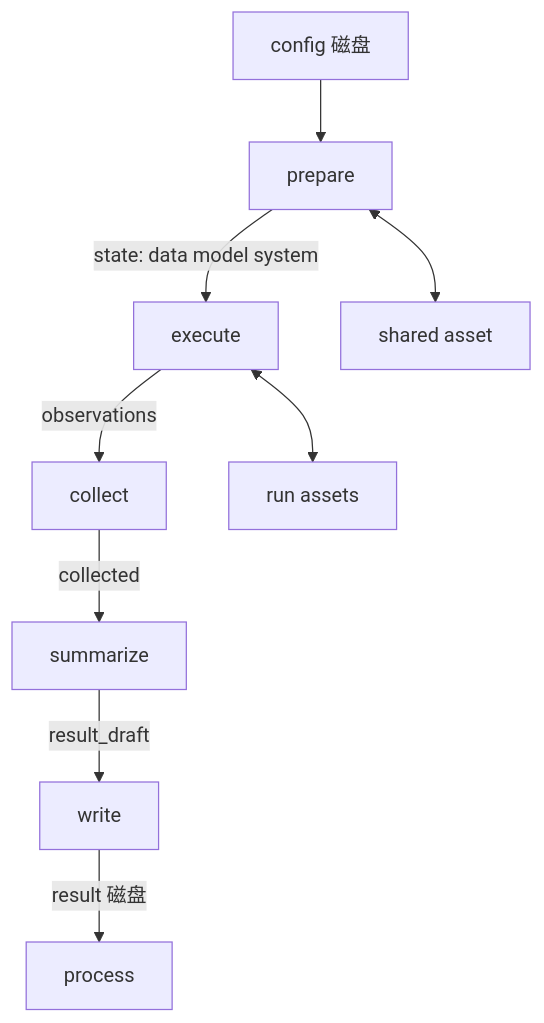
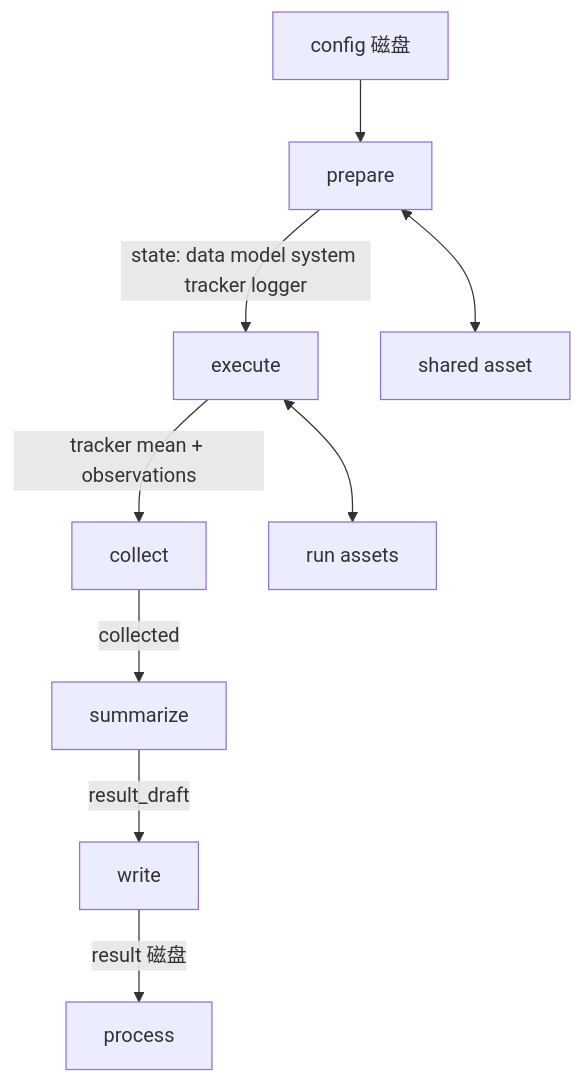
The second of 2 diagrams in docs/code_structure/flow.md (diaoenmao/RPipe), drawn with Mermaid before and after one commit. The commit also changed other lines of this file and 63 other files, not shown here.

Commit message:
Implement AlgorithmTracker and system Logger from the structure docs.

````diff
--- a/docs/code_structure/flow.md
+++ b/docs/code_structure/flow.md
@@ -211,18 +214,18 @@
 ```mermaid
 flowchart TB
   cfg[config 磁盘]
   prep[prepare]
   exe[execute]
   col[collect]
   sum[summarize]
   wr[write]
   proc[process]
   cfg --> prep
-  prep -->|state: data model system| exe
-  exe -->|observations| col
+  prep -->|state: data model system tracker logger| exe
+  exe -->|tracker mean + observations| col
   col -->|collected| sum
   sum -->|result_draft| wr
   wr -->|result 磁盘| proc
   prep <--> shared[shared asset]
   exe <--> runA[run assets]
 ```
````
